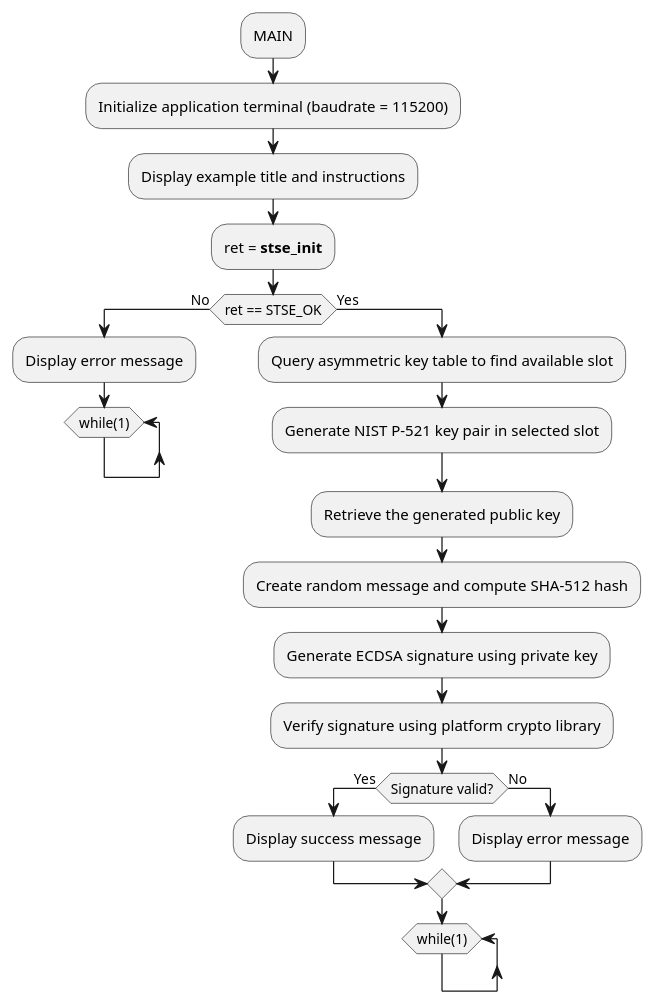
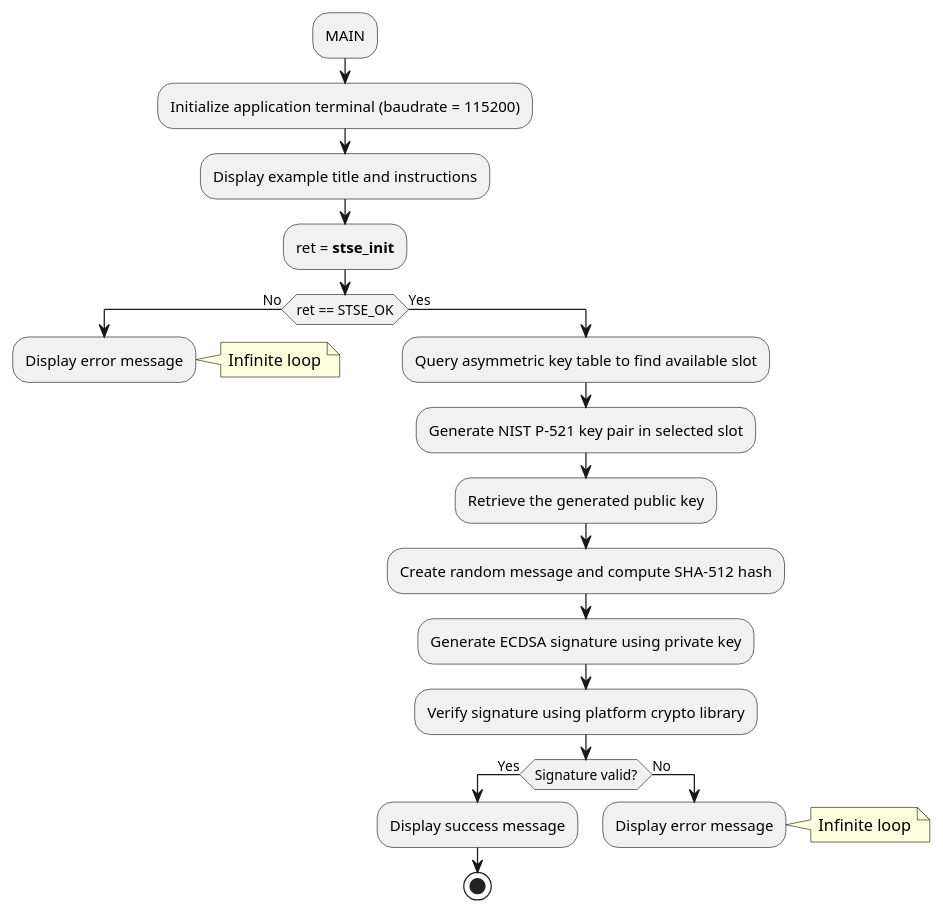
One commit to Grom-perso/STSAFE-A120_examples_dev changed the diagram in Documentation/resources/Markdown/03_Project_examples_description/Key_pair_generation_NIST_P521/STSAFE-A120_Key_pair_generation_NIST_P521.md. Above: the diagram before and after it, drawn with PlantUML. The commit also changed 23 other files, not shown here.

```diff
--- a/Documentation/resources/Markdown/03_Project_examples_description/Key_pair_generation_NIST_P521/STSAFE-A120_Key_pair_generation_NIST_P521.md
+++ b/Documentation/resources/Markdown/03_Project_examples_description/Key_pair_generation_NIST_P521/STSAFE-A120_Key_pair_generation_NIST_P521.md
@@ -13,29 +13,28 @@
 @startuml "NIST P-521 Key Pair Generation flowchart" width=5cm
 	:MAIN;
 	:Initialize application terminal (baudrate = 115200);
 	:Display example title and instructions;
 	:ret = <b>stse_init</b>;
 	if(ret == STSE_OK) then (No)
-	:Display error message;
-	while (while(1))
-	end while
-	-[hidden]->
-	detach
+		:Display error message;
+		note right: Infinite loop
+		-[hidden]->
+		detach
 	else (Yes)
-	:Query asymmetric key table to find available slot;
-	:Generate NIST P-521 key pair in selected slot;
-	:Retrieve the generated public key;
-	:Create random message and compute SHA-512 hash;
-	:Generate ECDSA signature using private key;
-	:Verify signature using platform crypto library;
-	if(Signature valid?) then (Yes)
-	:Display success message;
-	else (No)
-	:Display error message;
-	endif
-	while (while(1))
-	end while
-	-[hidden]->
-	detach
+		:Query asymmetric key table to find available slot;
+		:Generate NIST P-521 key pair in selected slot;
+		:Retrieve the generated public key;
+		:Create random message and compute SHA-512 hash;
+		:Generate ECDSA signature using private key;
+		:Verify signature using platform crypto library;
+		if(Signature valid?) then (Yes)
+			:Display success message;
+			stop
+		else (No)
+			:Display error message;
+		    note right: Infinite loop
+			-[hidden]->
+			detach
+		endif
 	endif
 @enduml
```
